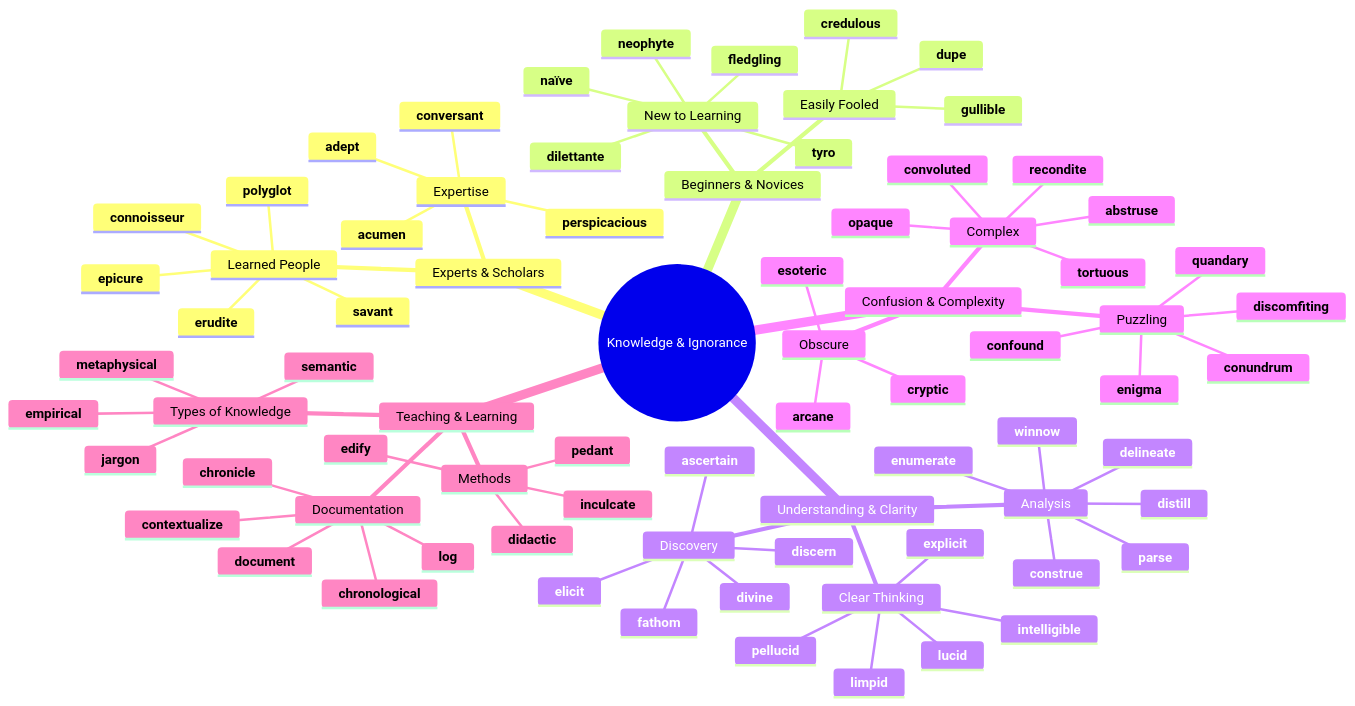
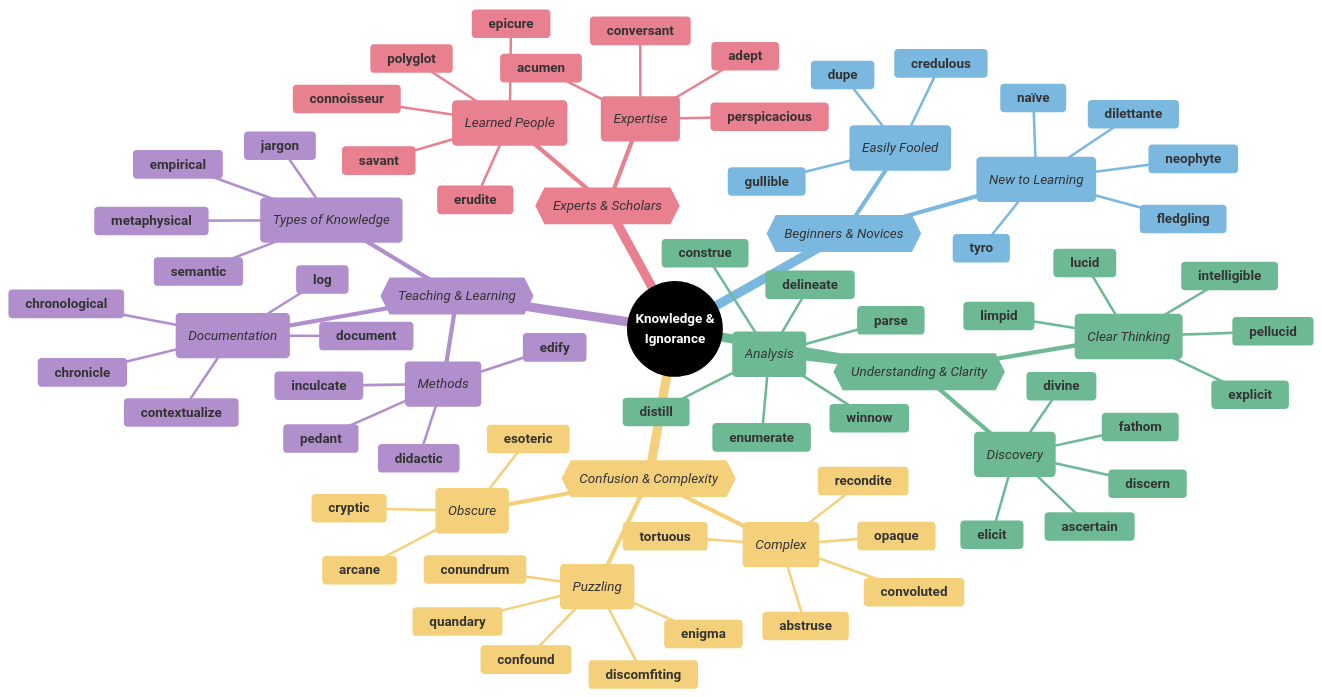
Before and after one commit to 95anantsingh/gre-preparation: the first of 7 diagrams in mindmaps/12-knowledge-and-ignorance.md, drawn with Mermaid. The commit also changed other lines of this file and 14 other files, not shown here.

````diff
--- a/mindmaps/12-knowledge-and-ignorance.md
+++ b/mindmaps/12-knowledge-and-ignorance.md
@@ -5,78 +5,97 @@
 ```mermaid
+%%{
+  init: {
+    "theme": "base",
+    "themeVariables": {
+      "primaryColor": "#000000",
+      "cScale1": "#e8808f",  "cScaleInv1": "#a33445",
+      "cScale2": "#7bb8e0",  "cScaleInv2": "#266a93",
+      "cScale3": "#6db993",  "cScaleInv3": "#23543f",
+      "cScale4": "#f5d07a",  "cScaleInv4": "#c4903b",
+      "cScale5": "#b08fcc",  "cScaleInv5": "#5d3b75",
+      "cScale6": "#74dace",  "cScaleInv6": "#217d72",
+      "cScale7": "#f09570",  "cScaleInv7": "#b84112",
+      "cScale8": "#8ea8c2",  "cScaleInv8": "#32465e",
+      "cScale9": "#cc7fba",  "cScaleInv9": "#7d2868",
+      "cScale10": "#c99a78", "cScaleInv10": "#7c4e32",
+      "cScale11": "#a3a3a3", "cScaleInv11": "#3d3d3d"
+    }
+  }
+}%%
 mindmap
-  root((Knowledge & Ignorance))
-    Experts & Scholars
-      Learned People
+  root((<font color=white>**Knowledge & </br>Ignorance**</font>))
+    {{_Experts & Scholars_}}
+      (_Learned People_)
         **erudite**
         **savant**
         **connoisseur**
         **epicure**
         **polyglot**
-      Expertise
+      (_Expertise_)
         **conversant**
         **adept**
         **acumen**
         **perspicacious**
-    Beginners & Novices
-      New to Learning
+    {{_Beginners & Novices_}}
+      (_New to Learning_)
         **neophyte**
         **tyro**
         **fledgling**
         **dilettante**
         **naïve**
-      Easily Fooled
+      (_Easily Fooled_)
         **credulous**
         **dupe**
         **gullible**
-    Understanding & Clarity
-      Clear Thinking
+    {{_Understanding & Clarity_}}
+      (_Clear Thinking_)
         **lucid**
         **pellucid**
         **limpid**
         **intelligible**
         **explicit**
-      Discovery
+      (_Discovery_)
         **ascertain**
         **discern**
         **fathom**
         **divine**
         **elicit**
-      Analysis
+      (_Analysis_)
         **winnow**
         **distill**
         **construe**
         **parse**
         **delineate**
         **enumerate**
-    Confusion & Complexity
-      Puzzling
+    {{_Confusion & Complexity_}}
+      (_Puzzling_)
         **enigma**
         **conundrum**
         **quandary**
         **confound**
         **discomfiting**
-      Complex
+      (_Complex_)
         **convoluted**
         **tortuous**
         **recondite**
         **abstruse**
         **opaque**
-      Obscure
+      (_Obscure_)
         **arcane**
         **esoteric**
         **cryptic**
-    Teaching & Learning
-      Methods
+    {{_Teaching & Learning_}}
+      (_Methods_)
         **didactic**
         **edify**
         **inculcate**
         **pedant**
-      Types of Knowledge
+      (_Types of Knowledge_)
         **empirical**
         **semantic**
         **metaphysical**
         **jargon**
-      Documentation
+      (_Documentation_)
         **document**
         **log**
         **contextualize**
````
